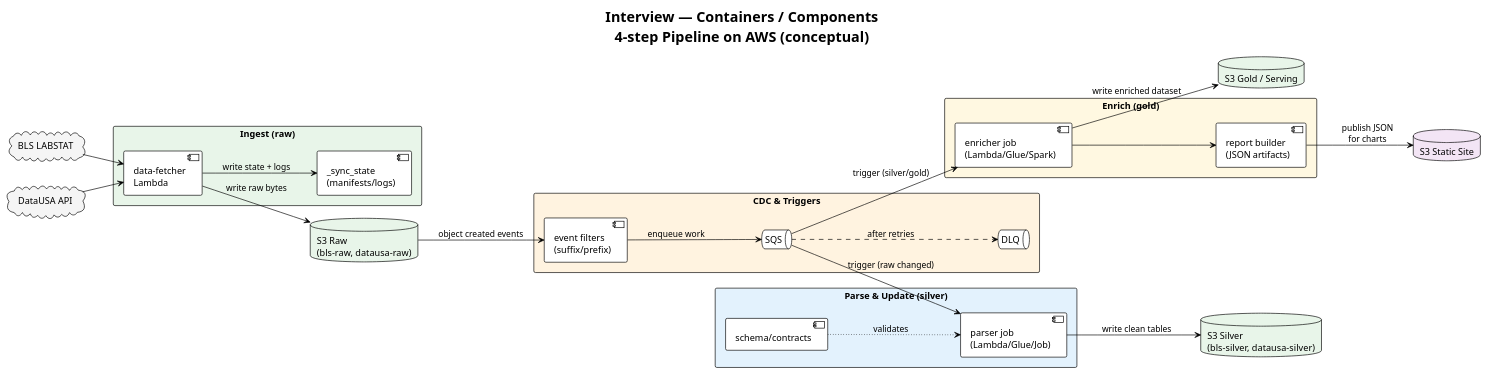
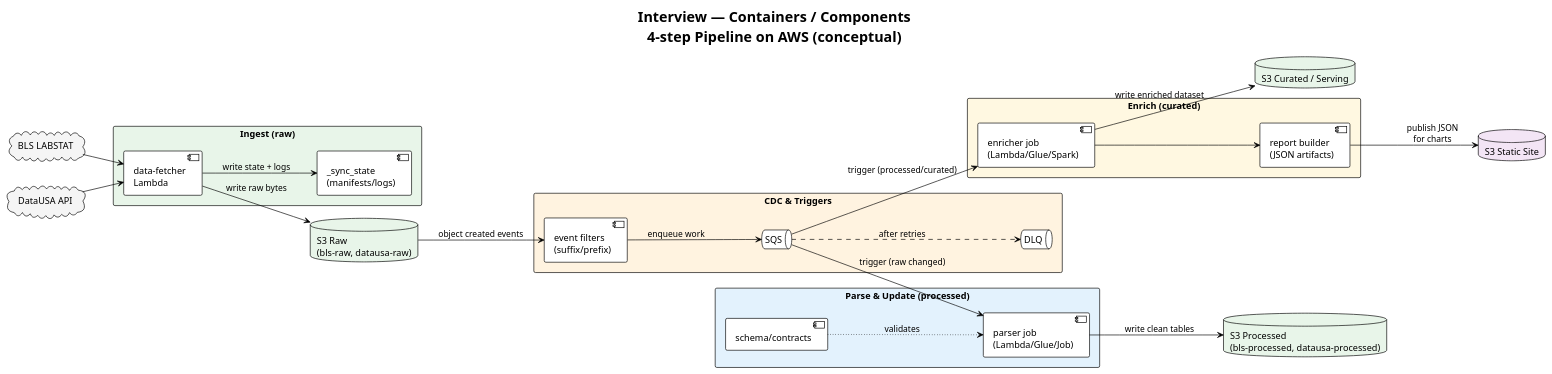
Before and after one commit to TechR10n/fomc-agent: the diagram in site/puml/interview-c4-containers.puml, drawn with PlantUML. The commit also changed other lines of this file and 2768 other files, not shown here.

```diff
--- a/site/puml/interview-c4-containers.puml
+++ b/site/puml/interview-c4-containers.puml
@@ -1,53 +1,53 @@
 @startuml interview-c4-containers
 !theme plain
 left to right direction
 title Interview — Containers / Components\n4-step Pipeline on AWS (conceptual)
 
 cloud "BLS LABSTAT" as BLS #F5F5F5
 cloud "DataUSA API" as DataUSA #F5F5F5
 
 rectangle "Ingest (raw)" as Ingest #E8F5E9 {
   component "data-fetcher\nLambda" as Fetcher
   component "_sync_state\n(manifests/logs)" as Sync
 }
 
-rectangle "Parse & Update (silver)" as Parse #E3F2FD {
+rectangle "Parse & Update (processed)" as Parse #E3F2FD {
   component "parser job\n(Lambda/Glue/Job)" as Parser
   component "schema/contracts" as Schema
 }
 
-rectangle "Enrich (gold)" as Enrich #FFF8E1 {
+rectangle "Enrich (curated)" as Enrich #FFF8E1 {
   component "enricher job\n(Lambda/Glue/Spark)" as Enricher
   component "report builder\n(JSON artifacts)" as Reports
 }
 
 rectangle "CDC & Triggers" as CDC #FFF3E0 {
   queue "SQS" as Q
   queue "DLQ" as DLQ
   component "event filters\n(suffix/prefix)" as Filters
 }
 
 database "S3 Raw\n(bls-raw, datausa-raw)" as Raw #E8F5E9
-database "S3 Silver\n(bls-silver, datausa-silver)" as Silver #E8F5E9
-database "S3 Gold / Serving" as Gold #E8F5E9
+database "S3 Processed\n(bls-processed, datausa-processed)" as Processed #E8F5E9
+database "S3 Curated / Serving" as Curated #E8F5E9
 database "S3 Static Site" as Site #F3E5F5
 
 BLS --> Fetcher
 DataUSA --> Fetcher
 Fetcher --> Raw : write raw bytes
 Fetcher --> Sync : write state + logs
 
 Raw --> Filters : object created events
 Filters --> Q : enqueue work
 Q -[dashed]-> DLQ : after retries
 
 Q --> Parser : trigger (raw changed)
-Parser --> Silver : write clean tables
+Parser --> Processed : write clean tables
 Schema -[dotted]-> Parser : validates
 
-Q --> Enricher : trigger (silver/gold)
-Enricher --> Gold : write enriched dataset
+Q --> Enricher : trigger (processed/curated)
+Enricher --> Curated : write enriched dataset
 Enricher --> Reports
 Reports --> Site : publish JSON\nfor charts
 
 @enduml
```
